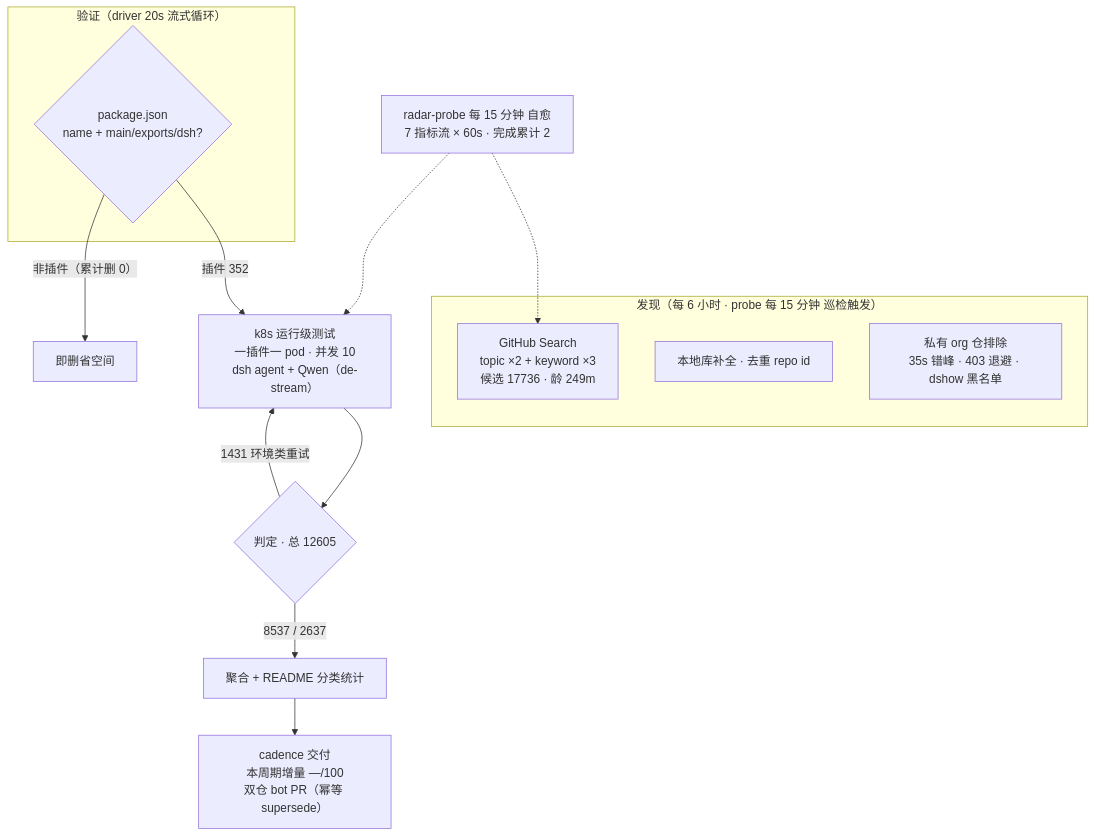
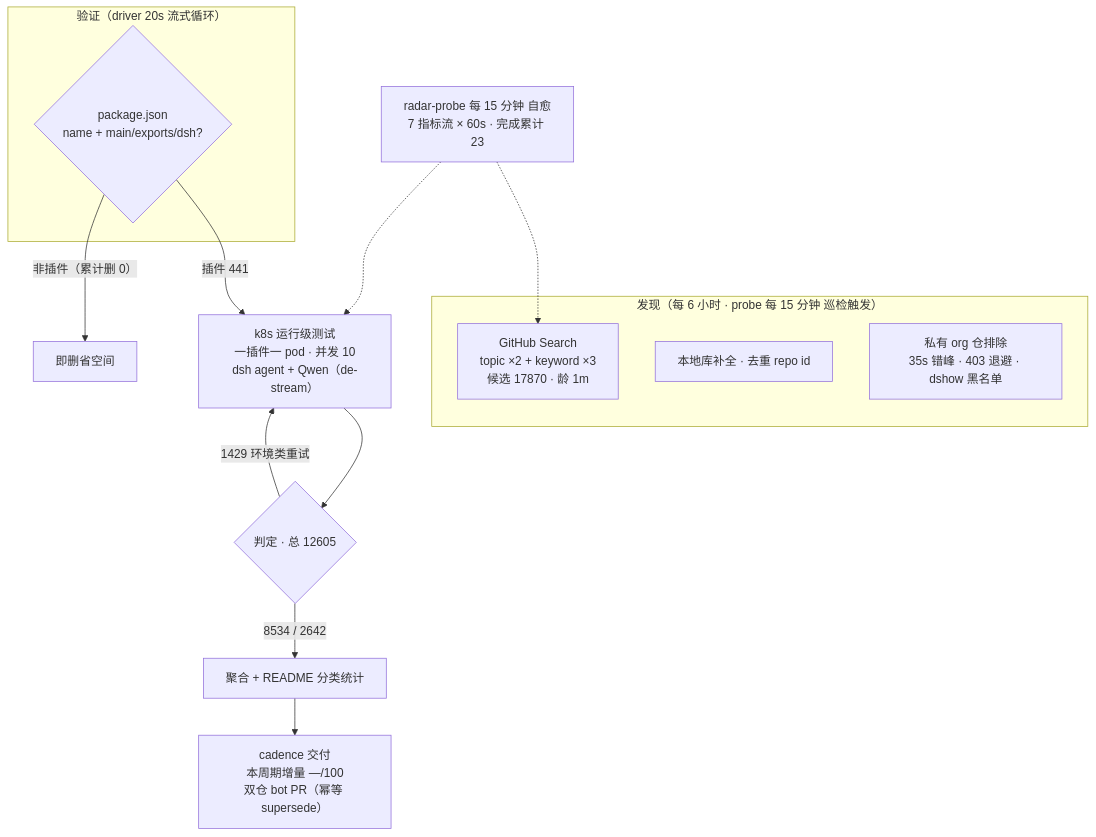
Before and after one commit to AdamPlatin123/awesome-dsh-plugins: the diagram in README.md, drawn with Mermaid. The commit also changed other lines of this file and 5 other files, not shown here.

````diff
--- a/README.md
+++ b/README.md
@@ -52,20 +52,20 @@
 ```mermaid
 flowchart TB
     subgraph Discovery["发现（每 6 小时 · probe 每 15 分钟 巡检触发）"]
-        A1["GitHub Search<br/>topic ×2 + keyword ×3<br/>候选 17736 · 龄 249m"]
+        A1["GitHub Search<br/>topic ×2 + keyword ×3<br/>候选 17870 · 龄 1m"]
         A2["本地库补全 · 去重 repo id"]
         A3["私有 org 仓排除<br/>35s 错峰 · 403 退避 · dshow 黑名单"]
     end
     subgraph Validation["验证（driver 20s 流式循环）"]
         B1{"package.json<br/>name + main/exports/dsh?"}
     end
-    B1 -->|"插件 352"| C1["k8s 运行级测试<br/>一插件一 pod · 并发 10<br/>dsh agent + Qwen（de-stream）"]
+    B1 -->|"插件 441"| C1["k8s 运行级测试<br/>一插件一 pod · 并发 10<br/>dsh agent + Qwen（de-stream）"]
     B1 -->|"非插件（累计删 0）"| B3["即删省空间"]
     C1 --> D1{"判定 · 总 12605"}
-    D1 -->|"8537 / 2637"| E1["聚合 + README 分类统计"]
-    D1 -->|"1431 环境类重试"| C1
+    D1 -->|"8534 / 2642"| E1["聚合 + README 分类统计"]
+    D1 -->|"1429 环境类重试"| C1
     E1 --> E2["cadence 交付<br/>本周期增量 —/100<br/>双仓 bot PR（幂等 supersede）"]
-    M["radar-probe 每 15 分钟 自愈<br/>7 指标流 × 60s · 完成累计 2"]
+    M["radar-probe 每 15 分钟 自愈<br/>7 指标流 × 60s · 完成累计 23"]
     M -.-> A1
     M -.-> C1
 ```
````
